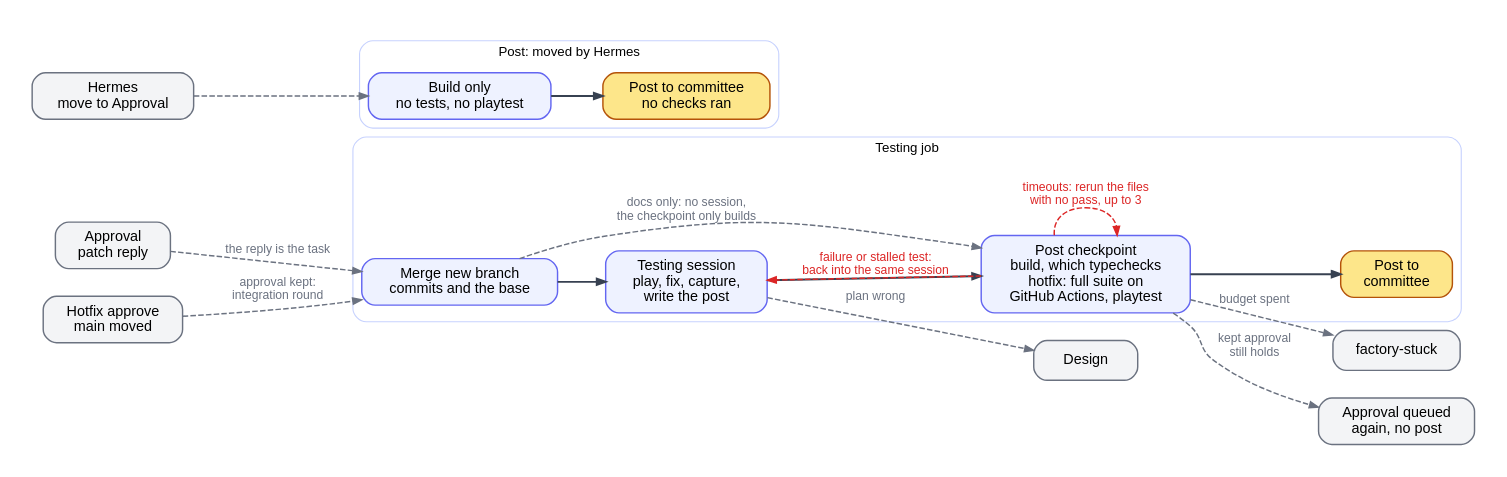
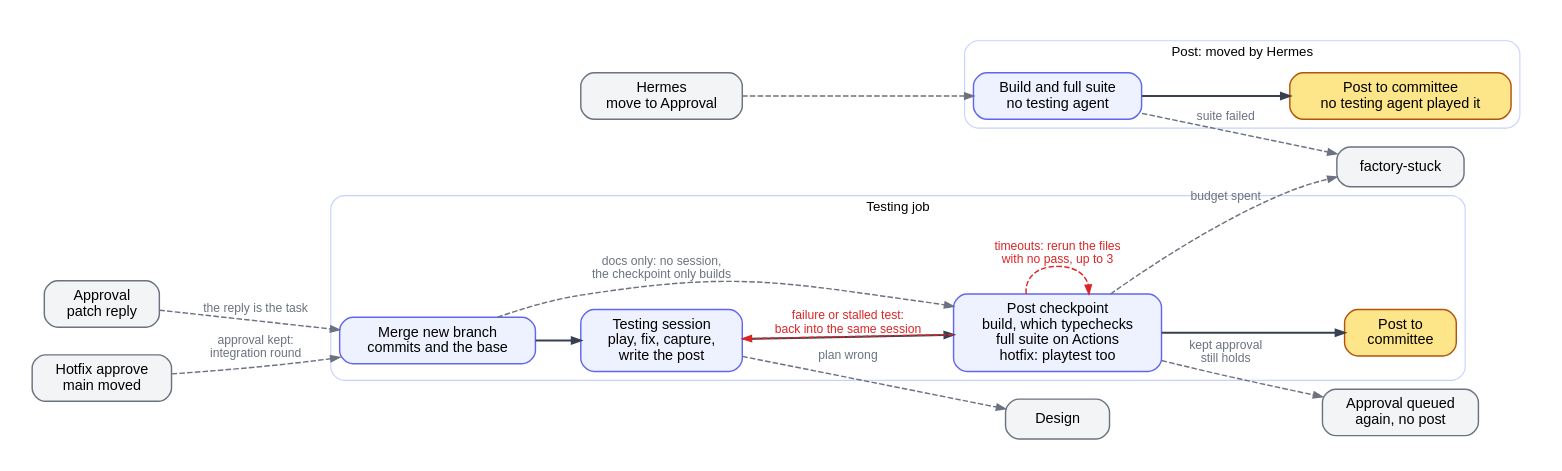
The diagram in factory/docs/diagrams/testing.dot (ROAM-game-org/road-machiners), drawn with Graphviz before and after one commit. The commit also changed 9 other files, not shown here.

Commit message:
Checkpoints test the exact head and only control moves walk back past base merges, a Hardening round with no commit runs no suite again, fix rounds carry the slow test rule, and closing a card drops its suite record

```diff
--- a/factory/docs/diagrams/testing.dot
+++ b/factory/docs/diagrams/testing.dot
@@ -1,35 +1,36 @@
 // Testing column. One testing session gets a card ready for the committee, and the post checkpoint gates the post. Post-only runs when Hermes moves a card to Approval.
 // Red: loops back. Grey: leaves Testing or enters from outside.
 digraph testing {
   rankdir=LR; nodesep=0.35; ranksep=0.55; bgcolor=white; pad=0.3;
   node [shape=box, style="rounded,filled", fillcolor="#eef2ff", color="#6366f1", fontname="Helvetica", fontsize=13, margin="0.2,0.1", penwidth=1.3, width=1.3];
   edge [color="#374151", penwidth=1.8, arrowsize=0.8, fontname="Helvetica", fontsize=11];
   subgraph cluster_session {
     label="Testing job"; fontname="Helvetica"; fontsize=12; color="#c7d2fe"; style=rounded;
     PM [label="Merge new branch\ncommits and the base"]; PT [label="Testing session\nplay, fix, capture,\nwrite the post"];
-    PC [label="Post checkpoint\nbuild, which typechecks\nhotfix: full suite on\nGitHub Actions, playtest"]; PP [label="Post to\ncommittee", fillcolor="#fde68a", color="#b45309"];
+    PC [label="Post checkpoint\nbuild, which typechecks\nfull suite on Actions\nhotfix: playtest too"]; PP [label="Post to\ncommittee", fillcolor="#fde68a", color="#b45309"];
     PM -> PT -> PC -> PP [weight=100];
   }
   subgraph cluster_post {
     label="Post: moved by Hermes"; fontname="Helvetica"; fontsize=12; color="#c7d2fe"; style=rounded;
-    QB [label="Build only\nno tests, no playtest"]; QP [label="Post to committee\nno checks ran", fillcolor="#fde68a", color="#b45309"];
+    QB [label="Build and full suite\nno testing agent"]; QP [label="Post to committee\nno testing agent played it", fillcolor="#fde68a", color="#b45309"];
     QB -> QP [weight=100];
   }
   XH [label="Hermes\nmove to Approval", fillcolor="#f3f4f6", color="#6b7280"];
   XA [label="Approval\npatch reply", fillcolor="#f3f4f6", color="#6b7280"];
   XD [label="Design", fillcolor="#f3f4f6", color="#6b7280"];
   XS [label="factory-stuck", fillcolor="#f3f4f6", color="#6b7280"];
   XK [label="Hotfix approve\nmain moved", fillcolor="#f3f4f6", color="#6b7280"];
   XQ [label="Approval queued\nagain, no post", fillcolor="#f3f4f6", color="#6b7280"];
   edge [color="#dc2626", fontcolor="#dc2626", style=dashed, penwidth=1.3];
   PC -> PT [label="failure or stalled test:\nback into the same session"];
   PC -> PC [label="timeouts: rerun the files\nwith no pass, up to 3"];
   edge [color="#6b7280", fontcolor="#6b7280"];
   PM -> PC [label="docs only: no session,\nthe checkpoint only builds"];
+  QB -> XS [label="suite failed"];
   XH -> QB;
   XA -> PM [label="the reply is the task"];
   XK -> PM [label="approval kept:\nintegration round"];
   PC -> XQ [label="kept approval\nstill holds"];
   PT -> XD [label="plan wrong"];
   PC -> XS [label="budget spent"];
 }
```
